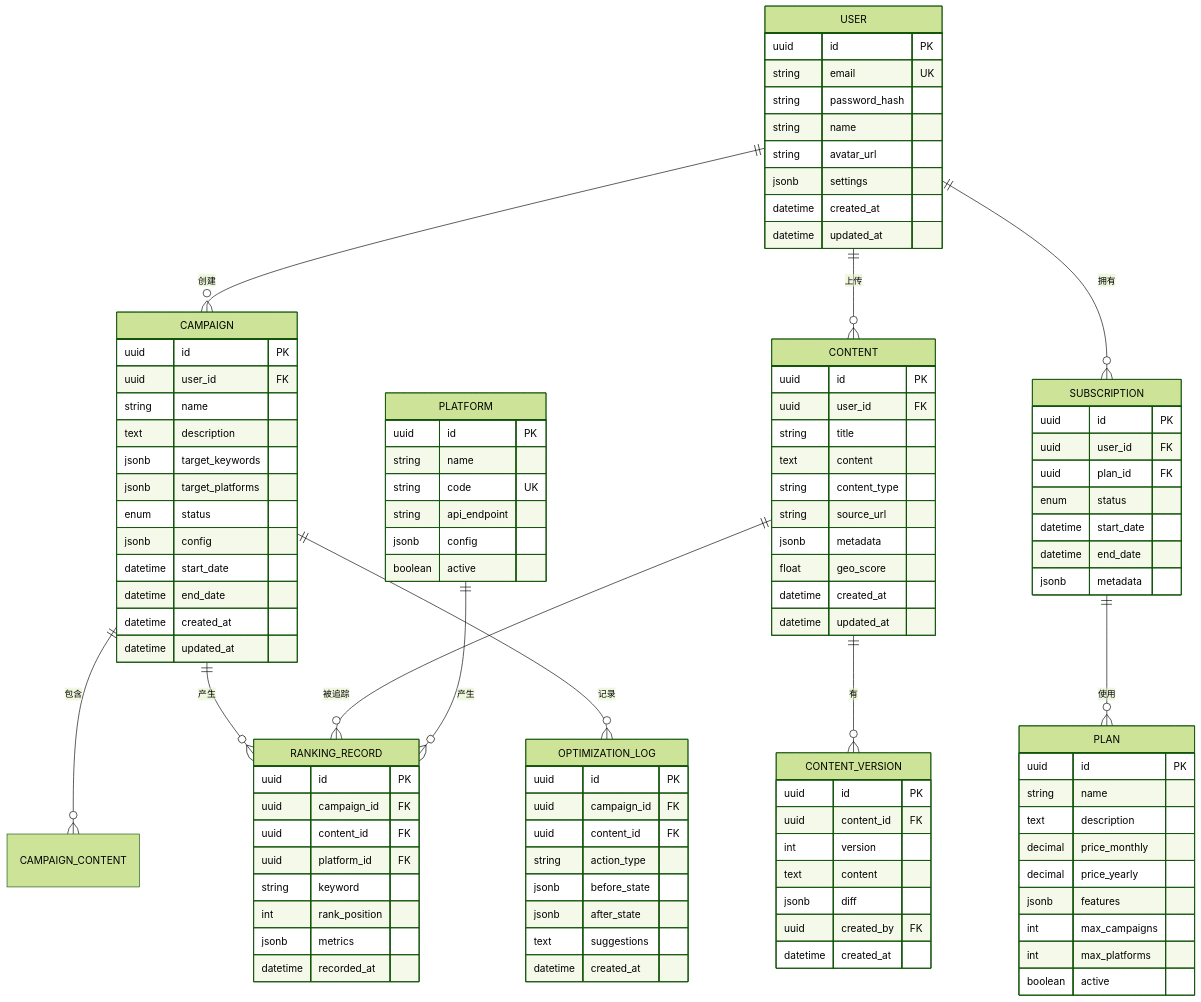
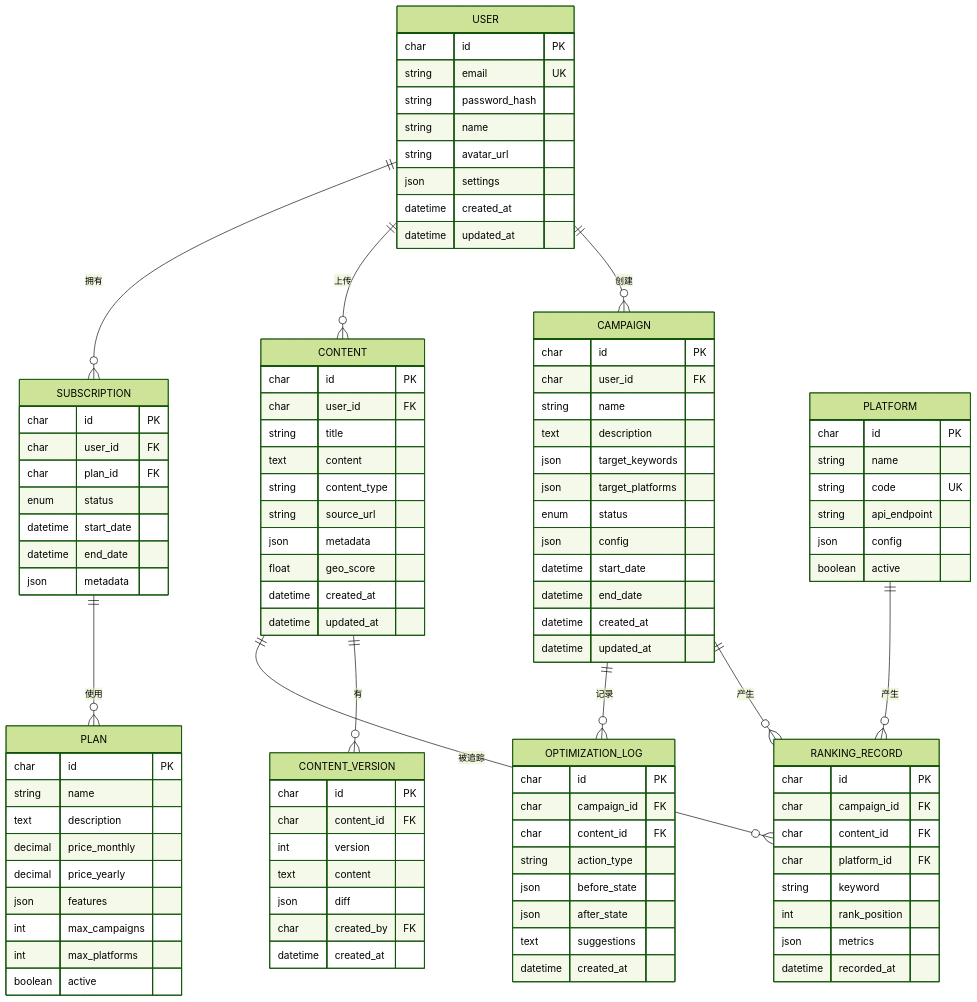
The second of 4 diagrams in GEO-Platform/docs/ARCHITECTURE.md (adanxie/Geo-System), drawn with Mermaid (forest theme) before and after one commit. The commit also changed other lines of this file and 2 other files, not shown here.

```diff
--- a/GEO-Platform/docs/ARCHITECTURE.md
+++ b/GEO-Platform/docs/ARCHITECTURE.md
@@ -183,7 +105,6 @@
     USER ||--o{ CAMPAIGN : 创建
     USER ||--o{ CONTENT : 上传
     USER ||--o{ SUBSCRIPTION : 拥有
-    CAMPAIGN ||--o{ CAMPAIGN_CONTENT : 包含
     CAMPAIGN ||--o{ RANKING_RECORD : 产生
     CAMPAIGN ||--o{ OPTIMIZATION_LOG : 记录
     CONTENT ||--o{ CONTENT_VERSION : 有
@@ -192,25 +113,25 @@
     SUBSCRIPTION ||--o{ PLAN : 使用
 
     USER {
-        uuid id PK
+        char id PK
         string email UK
         string password_hash
         string name
         string avatar_url
-        jsonb settings
+        json settings
         datetime created_at
         datetime updated_at
     }
 
     CAMPAIGN {
-        uuid id PK
-        uuid user_id FK
+        char id PK
+        char user_id FK
         string name
         text description
-        jsonb target_keywords
-        jsonb target_platforms
+        json target_keywords
+        json target_platforms
         enum status
-        jsonb config
+        json config
         datetime start_date
         datetime end_date
         datetime created_at
@@ -218,76 +139,76 @@
     }
 
     CONTENT {
-        uuid id PK
-        uuid user_id FK
+        char id PK
+        char user_id FK
         string title
         text content
         string content_type
         string source_url
-        jsonb metadata
+        json metadata
         float geo_score
         datetime created_at
         datetime updated_at
     }
 
     CONTENT_VERSION {
-        uuid id PK
-        uuid content_id FK
+        char id PK
+        char content_id FK
         int version
         text content
-        jsonb diff
-        uuid created_by FK
+        json diff
+        char created_by FK
         datetime created_at
     }
 
     PLATFORM {
-        uuid id PK
+        char id PK
         string name
         string code UK
         string api_endpoint
-        jsonb config
+        json config
         boolean active
     }
 
     RANKING_RECORD {
-        uuid id PK
-        uuid campaign_id FK
-        uuid content_id FK
-        uuid platform_id FK
+        char id PK
+        char campaign_id FK
+        char content_id FK
+        char platform_id FK
         string keyword
         int rank_position
-        jsonb metrics
+        json metrics
         datetime recorded_at
     }
 
     OPTIMIZATION_LOG {
-        uuid id PK
-        uuid campaign_id FK
-        uuid content_id FK
+        char id PK
+        char campaign_id FK
+        char content_id FK
         string action_type
-        jsonb before_state
-        jsonb after_state
+        json before_state
+        json after_state
         text suggestions
         datetime created_at
     }
 
     SUBSCRIPTION {
-        uuid id PK
-        uuid user_id FK
-        uuid plan_id FK
+        char id PK
+        char user_id FK
+        char plan_id FK
         enum status
         datetime start_date
         datetime end_date
-        jsonb metadata
+        json metadata
     }
 
     PLAN {
-        uuid id PK
+        char id PK
         string name
         text description
         decimal price_monthly
         decimal price_yearly
-        jsonb features
+        json features
         int max_campaigns
         int max_platforms
         boolean active
```
